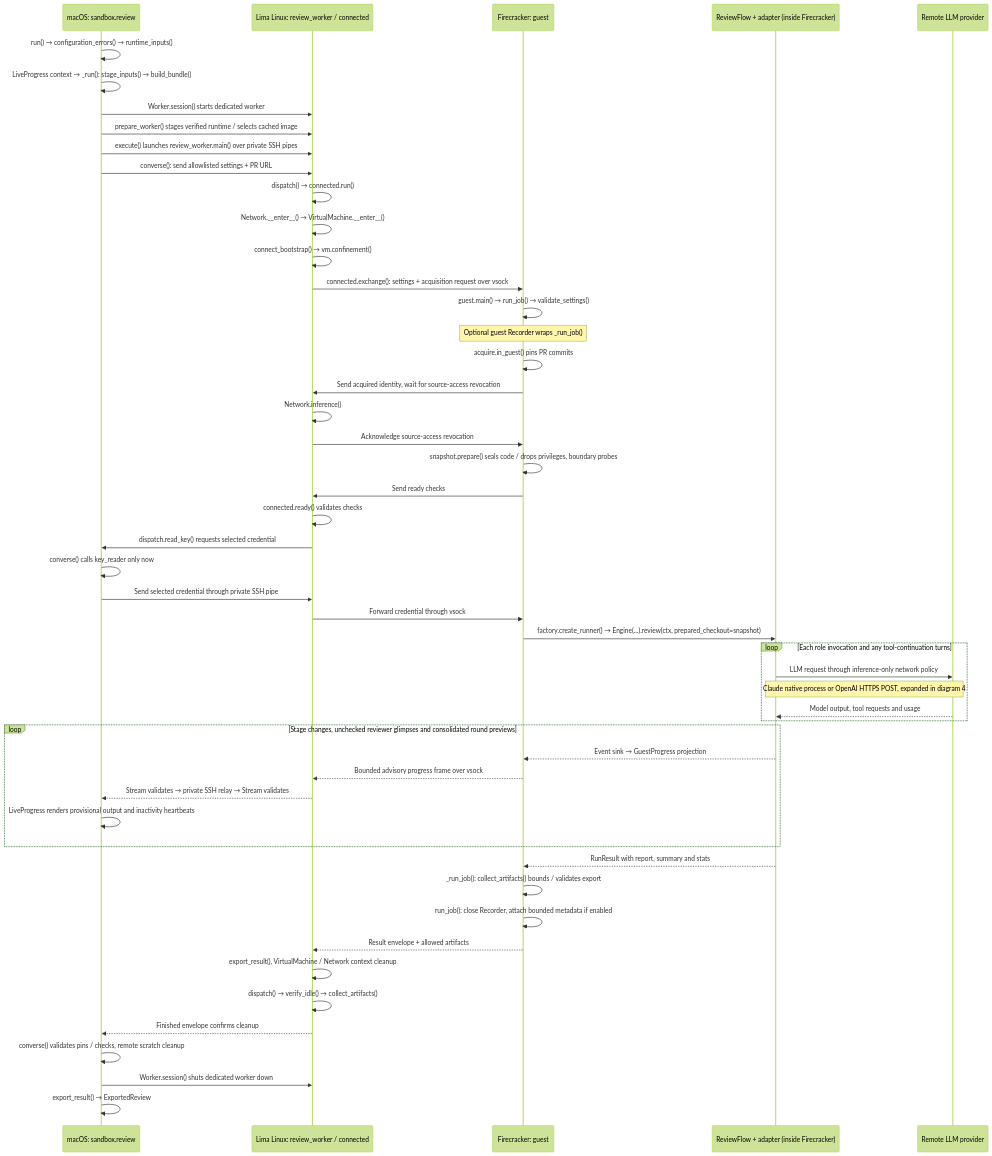
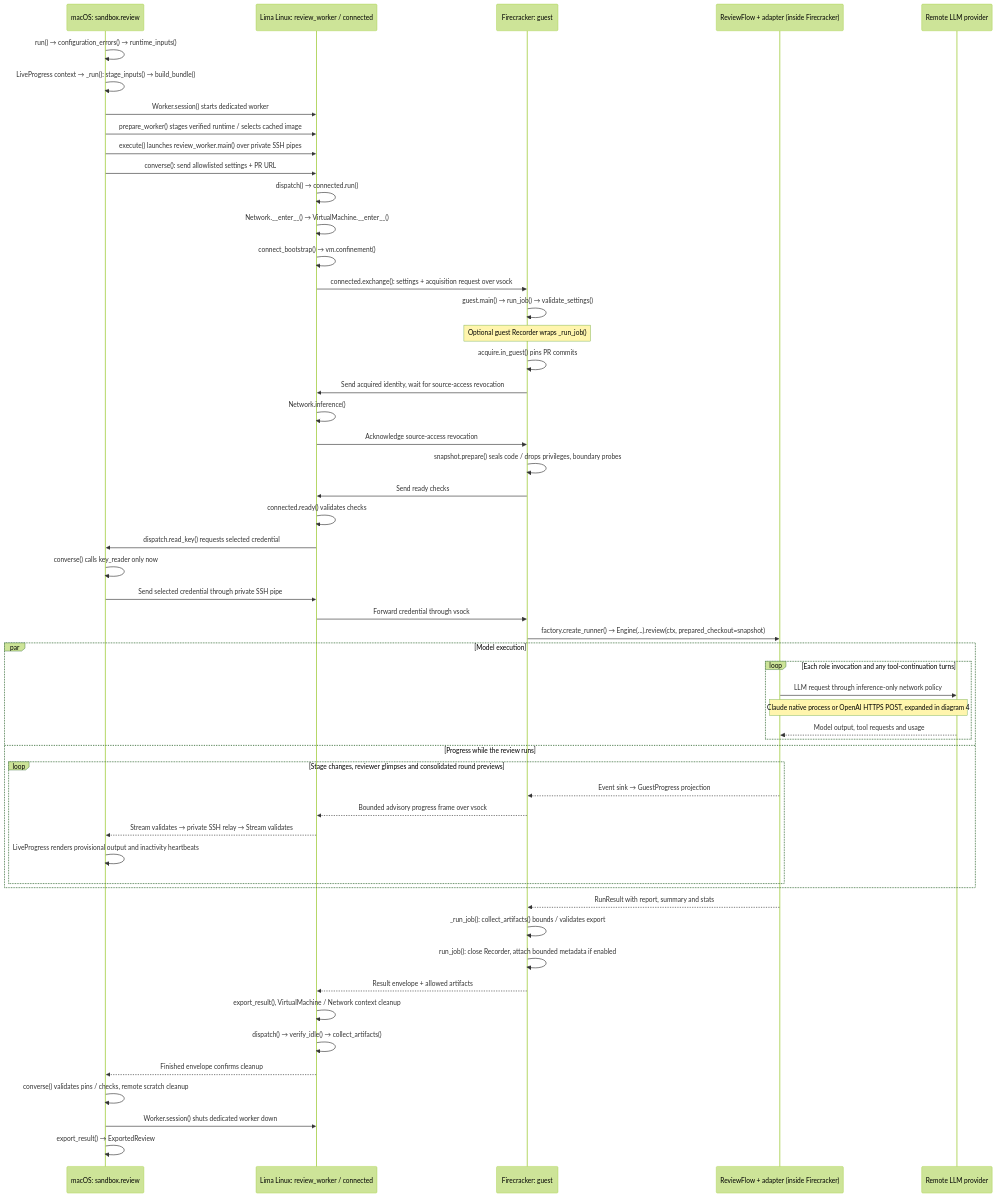
The second of 6 diagrams in docs/project-explainer.md (sskelkar/code-reviewer), drawn with Mermaid (forest theme) before and after one commit. The commit also changed 13 other files, not shown here.

````diff
--- a/docs/project-explainer.md
+++ b/docs/project-explainer.md
@@ -52,53 +52,56 @@
 ```mermaid
 sequenceDiagram
     participant CLI as macOS: sandbox.review
     participant Worker as Lima Linux: review_worker / connected
     participant VM as Firecracker: guest
     participant Core as ReviewFlow + adapter (inside Firecracker)
     participant Provider as Remote LLM provider
     CLI->>CLI: run() → configuration_errors() → runtime_inputs()
     CLI->>CLI: LiveProgress context → _run(): stage_inputs() → build_bundle()
     CLI->>Worker: Worker.session() starts dedicated worker
     CLI->>Worker: prepare_worker() stages verified runtime / selects cached image
     CLI->>Worker: execute() launches review_worker.main() over private SSH pipes
     CLI->>Worker: converse(): send allowlisted settings + PR URL
     Worker->>Worker: dispatch() → connected.run()
     Worker->>Worker: Network.__enter__() → VirtualMachine.__enter__()
     Worker->>Worker: connect_bootstrap() → vm.confinement()
     Worker->>VM: connected.exchange(): settings + acquisition request over vsock
     VM->>VM: guest.main() → run_job() → validate_settings()
     Note over VM: Optional guest Recorder wraps _run_job()
     VM->>VM: acquire.in_guest() pins PR commits
     VM->>Worker: Send acquired identity, wait for source-access revocation
     Worker->>Worker: Network.inference()
     Worker->>VM: Acknowledge source-access revocation
     VM->>VM: snapshot.prepare() seals code / drops privileges, boundary probes
     VM->>Worker: Send ready checks
     Worker->>Worker: connected.ready() validates checks
     Worker->>CLI: dispatch.read_key() requests selected credential
     CLI->>CLI: converse() calls key_reader only now
     CLI->>Worker: Send selected credential through private SSH pipe
     Worker->>VM: Forward credential through vsock
     VM->>Core: factory.create_runner() → Engine(...).review(ctx, prepared_checkout=snapshot)
-    loop Each role invocation and any tool-continuation turns
-        Core->>Provider: LLM request through inference-only network policy
-        Note over Core,Provider: Claude native process or OpenAI HTTPS POST, expanded in diagram 4
-        Provider-->>Core: Model output, tool requests and usage
-    end
-    loop Stage changes, unchecked reviewer glimpses and consolidated round previews
-        Core-->>VM: Event sink → GuestProgress projection
-        VM-->>Worker: Bounded advisory progress frame over vsock
-        Worker-->>CLI: Stream validates → private SSH relay → Stream validates
-        CLI->>CLI: LiveProgress renders provisional output and inactivity heartbeats
+    par Model execution
+        loop Each role invocation and any tool-continuation turns
+            Core->>Provider: LLM request through inference-only network policy
+            Note over Core,Provider: Claude native process or OpenAI HTTPS POST, expanded in diagram 4
+            Provider-->>Core: Model output, tool requests and usage
+        end
+    and Progress while the review runs
+        loop Stage changes, reviewer glimpses and consolidated round previews
+            Core-->>VM: Event sink → GuestProgress projection
+            VM-->>Worker: Bounded advisory progress frame over vsock
+            Worker-->>CLI: Stream validates → private SSH relay → Stream validates
+            CLI->>CLI: LiveProgress renders provisional output and inactivity heartbeats
+        end
     end
     Core-->>VM: RunResult with report, summary and stats
     VM->>VM: _run_job(): collect_artifacts() bounds / validates export
     VM->>VM: run_job(): close Recorder, attach bounded metadata if enabled
     VM-->>Worker: Result envelope + allowed artifacts
     Worker->>Worker: export_result(), VirtualMachine / Network context cleanup
     Worker->>Worker: dispatch() → verify_idle() → collect_artifacts()
     Worker-->>CLI: Finished envelope confirms cleanup
     CLI->>CLI: converse() validates pins / checks, remote scratch cleanup
     CLI->>Worker: Worker.session() shuts dedicated worker down
     CLI->>CLI: export_result() → ExportedReview
 ```
````
